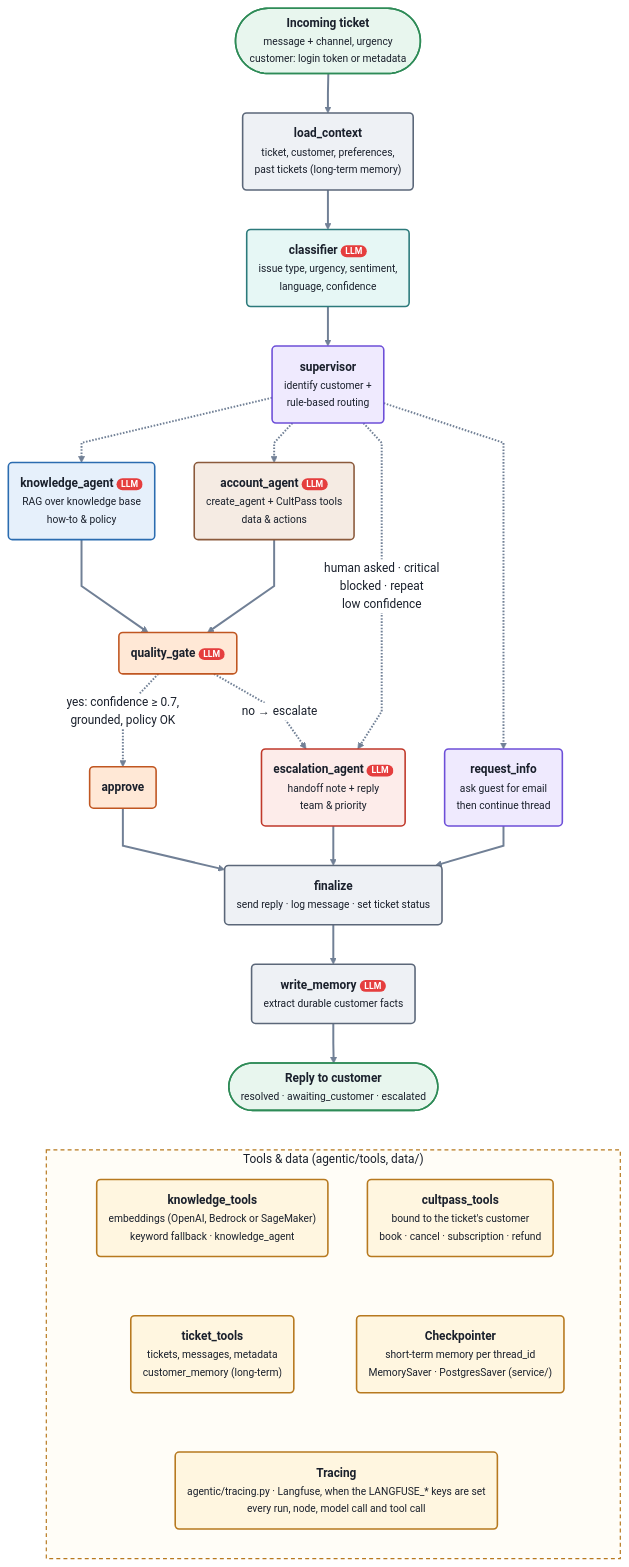
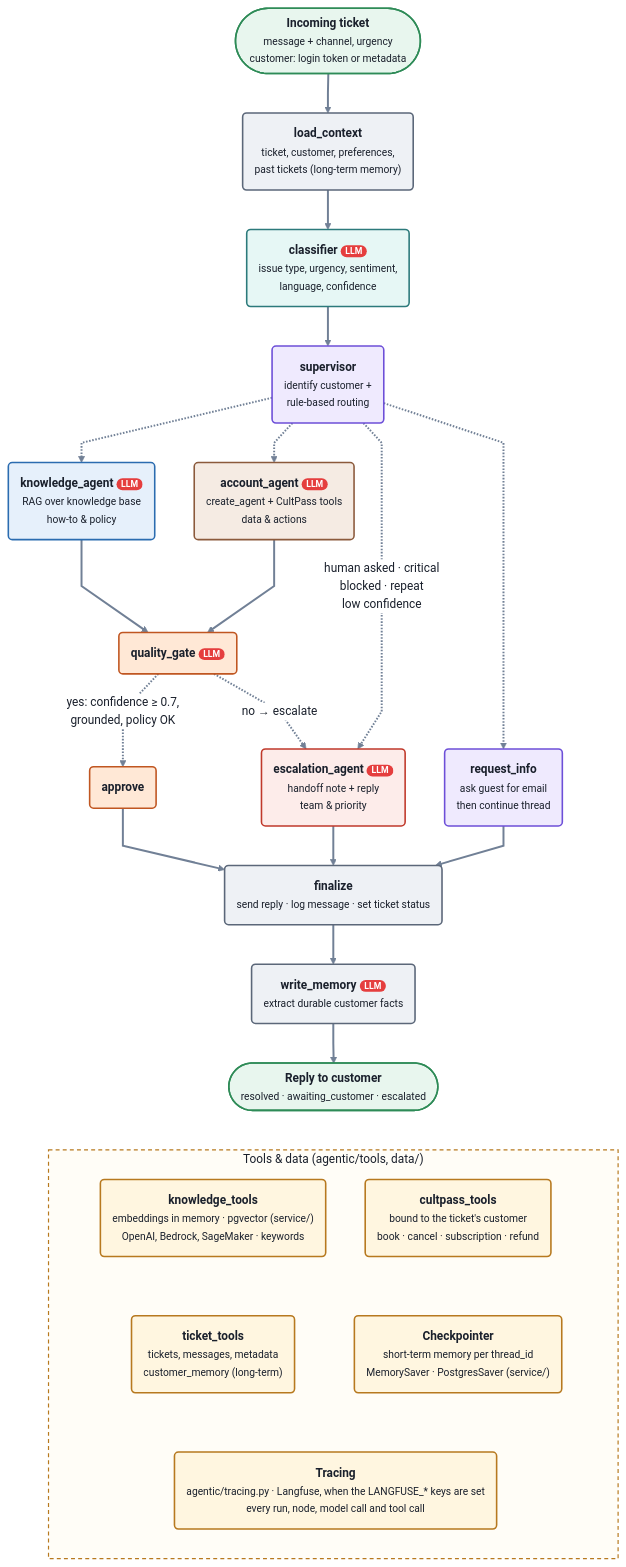
One commit to manish5593/uda-hub-multi-agent-bedrock changed the diagram in solution/agentic/design/workflow_graph.mmd. Above: the diagram before and after it, drawn with Mermaid. The commit also changed 2 other files, not shown here.

Commit message:
Show pgvector in the diagrams
The deployment diagram now names Postgres 16 + pgvector, the knowledge
service's pgvector index and the embeddings in the knowledge database. The
workflow diagram and its Mermaid source say where the knowledge index lives:
in memory in the notebooks, pgvector in service/.

```diff
--- a/solution/agentic/design/workflow_graph.mmd
+++ b/solution/agentic/design/workflow_graph.mmd
@@ -1,85 +1,85 @@
 ---
 config:
   theme: base
   themeVariables:
     primaryTextColor: "#1a202c"
     secondaryTextColor: "#1a202c"
     tertiaryTextColor: "#1a202c"
     textColor: "#1a202c"
     nodeTextColor: "#1a202c"
     lineColor: "#718096"
     edgeLabelBackground: "#ffffff"
     fontSize: "15px"
   flowchart:
     curve: linear
     wrappingWidth: 400
 ---
 %% UDA-Hub agent workflow: the same graph, layout, labels and colours as architecture.svg.
 %% Hand-written. The nodes and edges match agentic/workflow.py; check them against
 %% orchestrator.get_graph().draw_mermaid() when the graph changes.
 flowchart TD
     IN(["<span style='color:rgb(26,32,44)'>Incoming ticket<br/><small style='font-weight:normal;font-size:13px'>message + channel, urgency<br/>customer: login token or metadata</small></span>"])
     load_context("<span style='color:rgb(26,32,44)'>load_context<br/><small style='font-weight:normal;font-size:13px'>ticket, customer, preferences,<br/>past tickets (long-term memory)</small></span>")
     classifier("<span style='color:rgb(26,32,44)'>classifier <b style='color:rgb(255,255,255);background-color:rgb(229,62,62);border-radius:8px;padding:1px 6px;font-size:11px'>LLM</b><br/><small style='font-weight:normal;font-size:13px'>issue type, urgency, sentiment,<br/>language, confidence</small></span>")
     supervisor("<span style='color:rgb(26,32,44)'>supervisor<br/><small style='font-weight:normal;font-size:13px'>identify customer +<br/>rule-based routing</small></span>")
     knowledge_agent("<span style='color:rgb(26,32,44)'>knowledge_agent <b style='color:rgb(255,255,255);background-color:rgb(229,62,62);border-radius:8px;padding:1px 6px;font-size:11px'>LLM</b><br/><small style='font-weight:normal;font-size:13px'>RAG over knowledge base<br/>how-to &amp; policy</small></span>")
     account_agent("<span style='color:rgb(26,32,44)'>account_agent <b style='color:rgb(255,255,255);background-color:rgb(229,62,62);border-radius:8px;padding:1px 6px;font-size:11px'>LLM</b><br/><small style='font-weight:normal;font-size:13px'>create_agent + CultPass tools<br/>data &amp; actions</small></span>")
     escalation_agent("<span style='color:rgb(26,32,44)'>escalation_agent <b style='color:rgb(255,255,255);background-color:rgb(229,62,62);border-radius:8px;padding:1px 6px;font-size:11px'>LLM</b><br/><small style='font-weight:normal;font-size:13px'>handoff note + reply<br/>team &amp; priority</small></span>")
     request_info("<span style='color:rgb(26,32,44)'>request_info<br/><small style='font-weight:normal;font-size:13px'>ask guest for email<br/>then continue thread</small></span>")
     quality_gate("<span style='color:rgb(26,32,44)'>quality_gate <b style='color:rgb(255,255,255);background-color:rgb(229,62,62);border-radius:8px;padding:1px 6px;font-size:11px'>LLM</b></span>")
     approve("<span style='color:rgb(26,32,44)'>approve</span>")
     finalize("<span style='color:rgb(26,32,44)'>finalize<br/><small style='font-weight:normal;font-size:13px'>send reply · log message · set ticket status</small></span>")
     write_memory("<span style='color:rgb(26,32,44)'>write_memory <b style='color:rgb(255,255,255);background-color:rgb(229,62,62);border-radius:8px;padding:1px 6px;font-size:11px'>LLM</b><br/><small style='font-weight:normal;font-size:13px'>extract durable customer facts</small></span>")
     OUT(["<span style='color:rgb(26,32,44)'>Reply to customer<br/><small style='font-weight:normal;font-size:13px'>resolved · awaiting_customer · escalated</small></span>"])
 
     IN --> load_context --> classifier --> supervisor
     supervisor -.-> knowledge_agent
     supervisor -.-> account_agent
     supervisor -.->|"<span style='color:rgb(26,32,44)'>human asked · critical<br/>blocked · repeat<br/>low confidence</span>"| escalation_agent
     supervisor -.-> request_info
     knowledge_agent --> quality_gate
     account_agent --> quality_gate
     quality_gate -.->|"<span style='color:rgb(26,32,44)'>yes: confidence ≥ 0.7,<br/>grounded, policy OK</span>"| approve
     quality_gate -.->|"<span style='color:rgb(26,32,44)'>no → escalate</span>"| escalation_agent
     approve --> finalize
     escalation_agent --> finalize
     request_info --> finalize
     finalize --> write_memory --> OUT
 
     subgraph TOOLS ["<span style='color:rgb(26,32,44)'>Tools &amp; data (agentic/tools, data/)</span>"]
         direction TB
-        knowledge_tools("<span style='color:rgb(26,32,44)'>knowledge_tools<br/><small style='font-weight:normal;font-size:13px'>embeddings (OpenAI, Bedrock or SageMaker)<br/>keyword fallback · knowledge_agent</small></span>")
+        knowledge_tools("<span style='color:rgb(26,32,44)'>knowledge_tools<br/><small style='font-weight:normal;font-size:13px'>embeddings in memory · pgvector (service/)<br/>OpenAI, Bedrock, SageMaker · keywords</small></span>")
         cultpass_tools("<span style='color:rgb(26,32,44)'>cultpass_tools<br/><small style='font-weight:normal;font-size:13px'>bound to the ticket's customer<br/>book · cancel · subscription · refund</small></span>")
         ticket_tools("<span style='color:rgb(26,32,44)'>ticket_tools<br/><small style='font-weight:normal;font-size:13px'>tickets, messages, metadata<br/>customer_memory (long-term)</small></span>")
         checkpointer("<span style='color:rgb(26,32,44)'>Checkpointer<br/><small style='font-weight:normal;font-size:13px'>short-term memory per thread_id<br/>MemorySaver · PostgresSaver (service/)</small></span>")
         tracing("<span style='color:rgb(26,32,44)'>Tracing<br/><small style='font-weight:normal;font-size:13px'>agentic/tracing.py · Langfuse, when the LANGFUSE_* keys are set<br/>every run, node, model call and tool call</small></span>")
         knowledge_tools ~~~ ticket_tools
         cultpass_tools ~~~ checkpointer
         ticket_tools ~~~ tracing
         checkpointer ~~~ tracing
     end
     OUT ~~~ TOOLS
 
     classDef default fill:#eef1f5,stroke:#5b6779,stroke-width:2px,color:#1a202c,font-weight:bold,font-size:15px
     classDef customer fill:#e8f6ee,stroke:#2e8b57,stroke-width:2px,color:#1a202c,font-weight:bold,font-size:15px
     classDef tools fill:#fff6e0,stroke:#b7791f,stroke-width:2px,color:#1a202c,font-weight:bold,font-size:15px
     classDef memory_agent fill:#eef1f5,stroke:#5b6779,stroke-width:2px,color:#1a202c,font-weight:bold,font-size:15px
     classDef classifier fill:#e6f7f5,stroke:#2c7a7b,stroke-width:2px,color:#1a202c,font-weight:bold,font-size:15px
     classDef supervisor fill:#efeafe,stroke:#6d4fd8,stroke-width:2px,color:#1a202c,font-weight:bold,font-size:15px
     classDef knowledge_agent fill:#e6f0fb,stroke:#2b6cb0,stroke-width:2px,color:#1a202c,font-weight:bold,font-size:15px
     classDef account_agent fill:#f5ebe3,stroke:#8b5a3c,stroke-width:2px,color:#1a202c,font-weight:bold,font-size:15px
     classDef quality_gate fill:#ffe8d6,stroke:#c05621,stroke-width:2px,color:#1a202c,font-weight:bold,font-size:15px
     classDef escalation_agent fill:#fdecea,stroke:#c0392b,stroke-width:2px,color:#1a202c,font-weight:bold,font-size:15px
     class IN,OUT customer
     class knowledge_tools,cultpass_tools,ticket_tools,checkpointer,tracing tools
     class load_context,finalize,write_memory memory_agent
     class classifier classifier
     class supervisor,request_info supervisor
     class knowledge_agent knowledge_agent
     class account_agent account_agent
     class quality_gate,approve quality_gate
     class escalation_agent escalation_agent
     style TOOLS fill:#fffdf7,stroke:#b7791f,stroke-width:1.5px,stroke-dasharray:5 4,color:#1a202c
     linkStyle default stroke:#718096,stroke-width:2.5px
     %% links 16-20 only position the tools panel (two by two, tracing below, all below the reply): keep them invisible
     linkStyle 16,17,18,19,20 stroke:none
```
